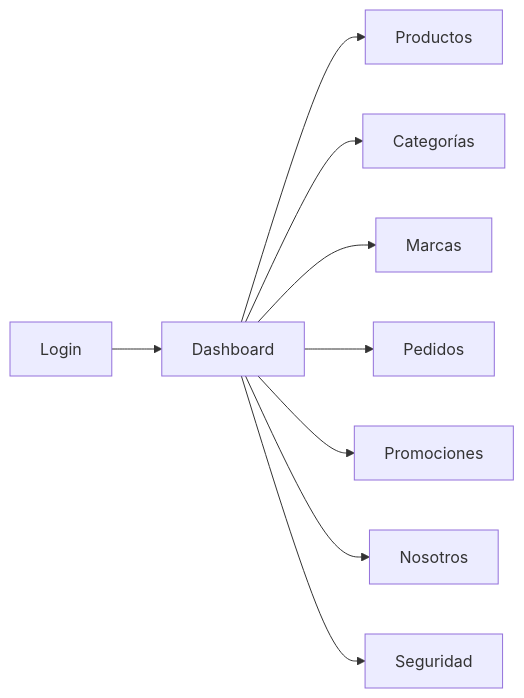
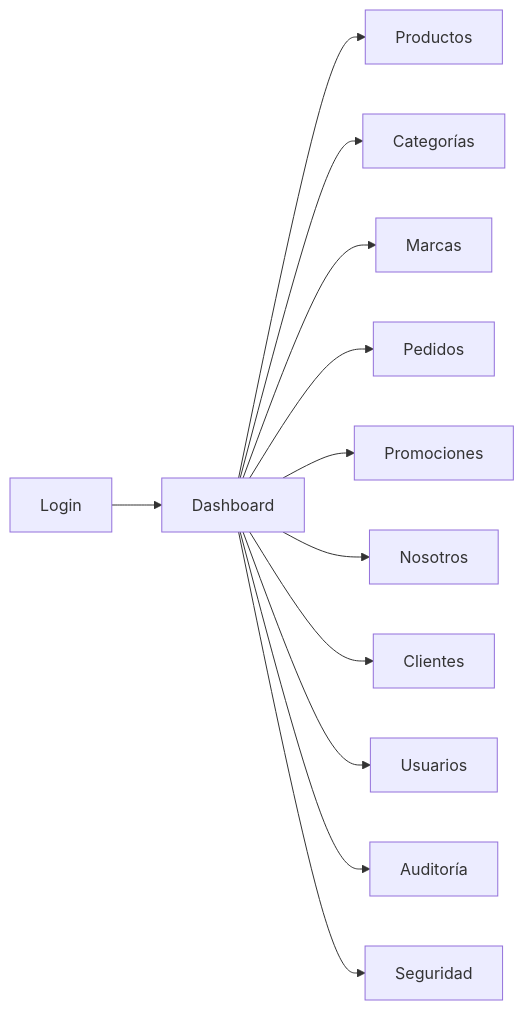
One commit to MaykMenchaca/YOWI changed the fifth of 8 diagrams in docs/manual-usuario.md. Above: the diagram before and after it, drawn with Mermaid. The commit also changed other lines of this file and 3 other files, not shown here.

First line of the commit message:
Actualiza el manual de usuario con Clientes, Usuarios y Auditoría

````diff
--- a/docs/manual-usuario.md
+++ b/docs/manual-usuario.md
@@ -194,11 +209,14 @@
 ```mermaid
 flowchart LR
     Login --> Dashboard
     Dashboard --> Productos
     Dashboard --> Categorias[Categorías]
     Dashboard --> Marcas
     Dashboard --> Pedidos
     Dashboard --> Promociones
     Dashboard --> Nosotros
+    Dashboard --> Clientes
+    Dashboard --> Usuarios
+    Dashboard --> Auditoria[Auditoría]
     Dashboard --> Seguridad
 ```
````
